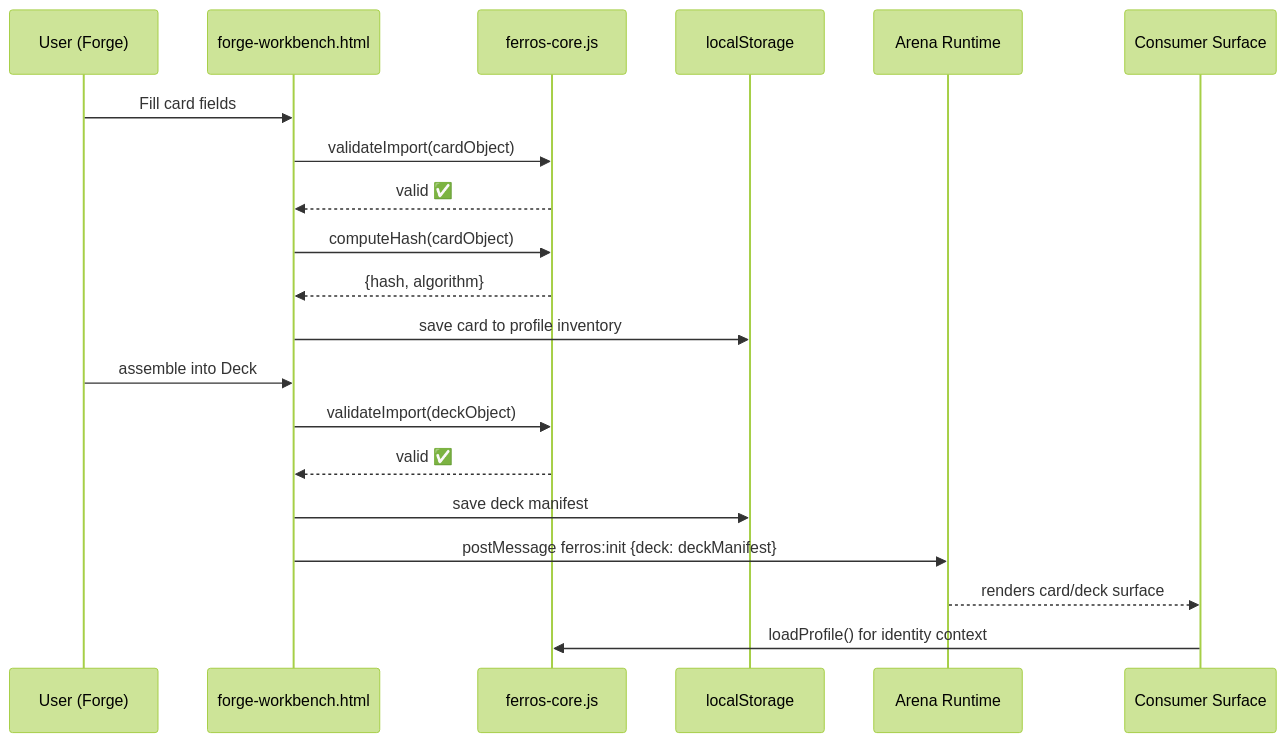
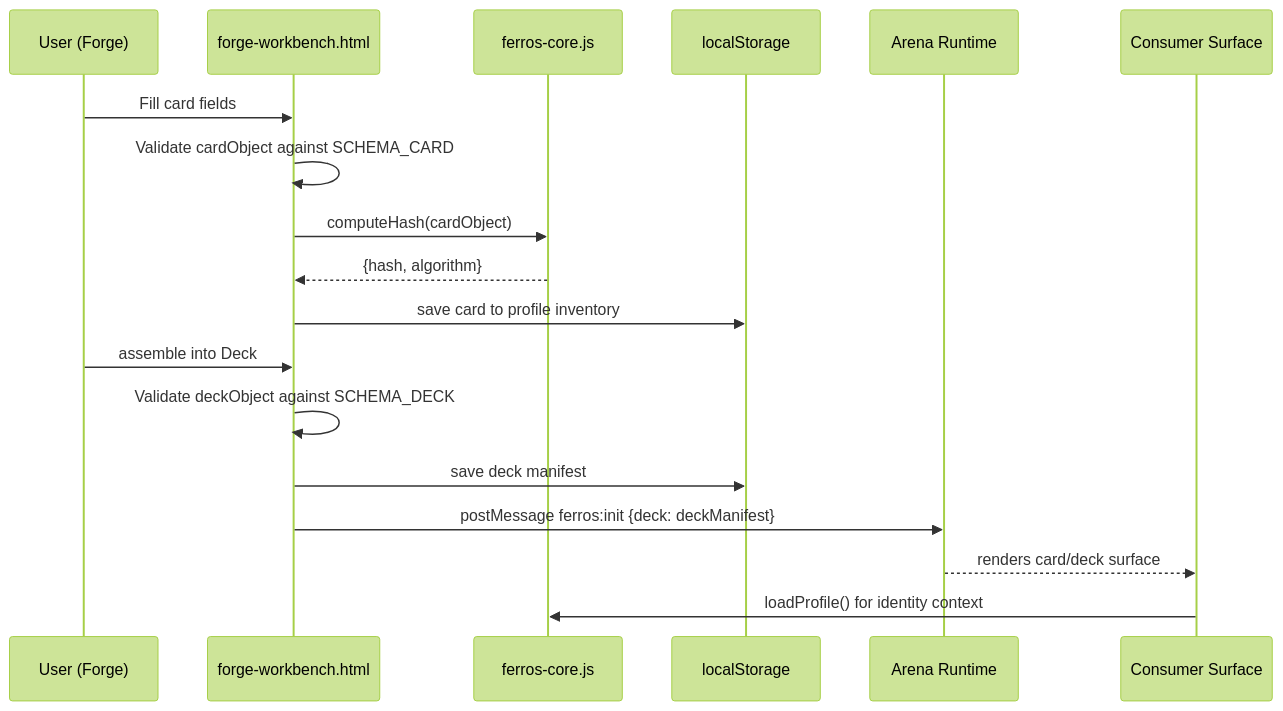
One commit to Maangled/ferros changed the second of 2 diagrams in docs/streams/STREAM-C-CREATIVE-PIPELINE.md. Above: the diagram before and after it, drawn with Mermaid (forest theme). The commit also changed other lines of this file and 3 other files, not shown here.

````diff
--- a/docs/streams/STREAM-C-CREATIVE-PIPELINE.md
+++ b/docs/streams/STREAM-C-CREATIVE-PIPELINE.md
@@ -120,23 +122,21 @@
 ```mermaid
 sequenceDiagram
     participant U as User (Forge)
     participant F as forge-workbench.html
     participant FC as ferros-core.js
     participant LS as localStorage
     participant R as Arena Runtime
     participant D as Consumer Surface
 
     U->>F: Fill card fields
-    F->>FC: validateImport(cardObject)
-    FC-->>F: valid ✅
+    F->>F: Validate cardObject against SCHEMA_CARD
     F->>FC: computeHash(cardObject)
     FC-->>F: {hash, algorithm}
     F->>LS: save card to profile inventory
     U->>F: assemble into Deck
-    F->>FC: validateImport(deckObject)
-    FC-->>F: valid ✅
+    F->>F: Validate deckObject against SCHEMA_DECK
     F->>LS: save deck manifest
     F->>R: postMessage ferros:init {deck: deckManifest}
     R-->>D: renders card/deck surface
     D->>FC: loadProfile() for identity context
 ```
````
